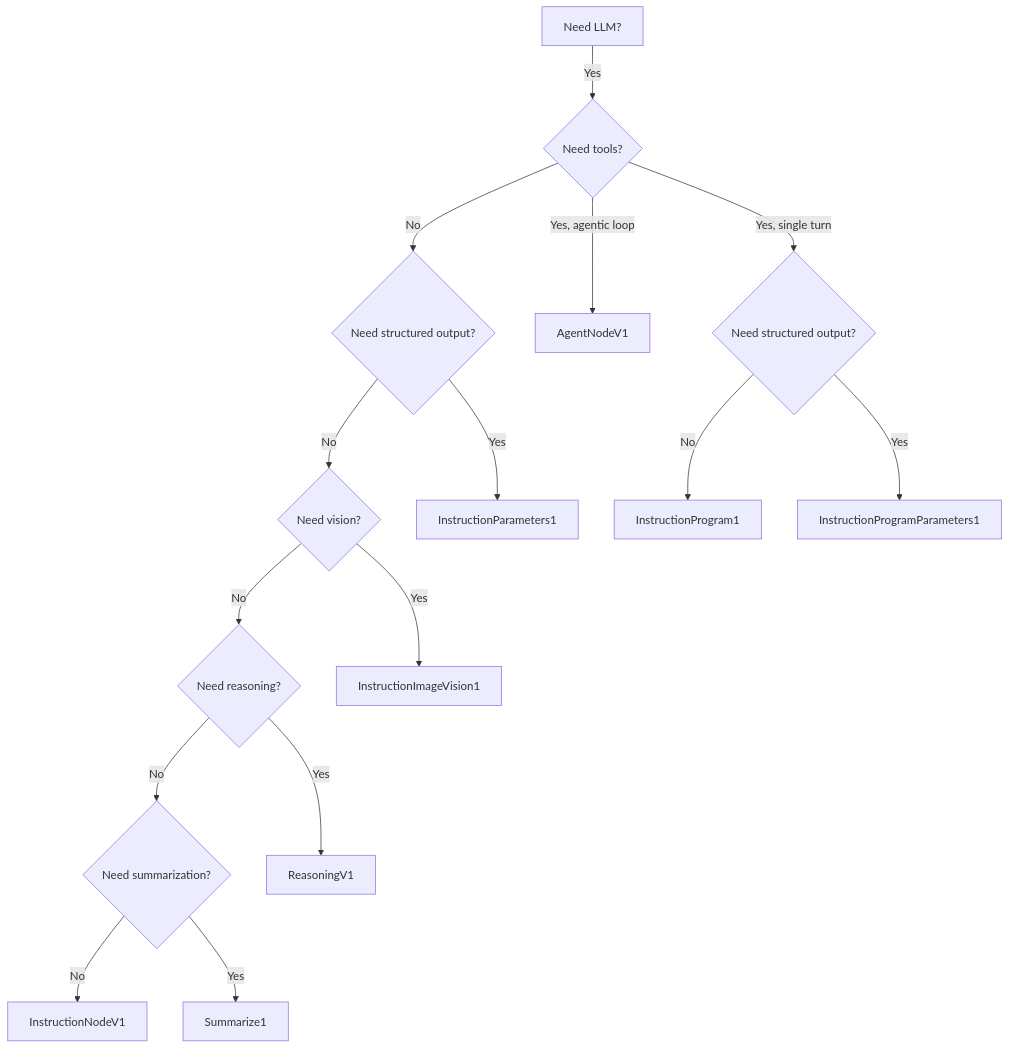
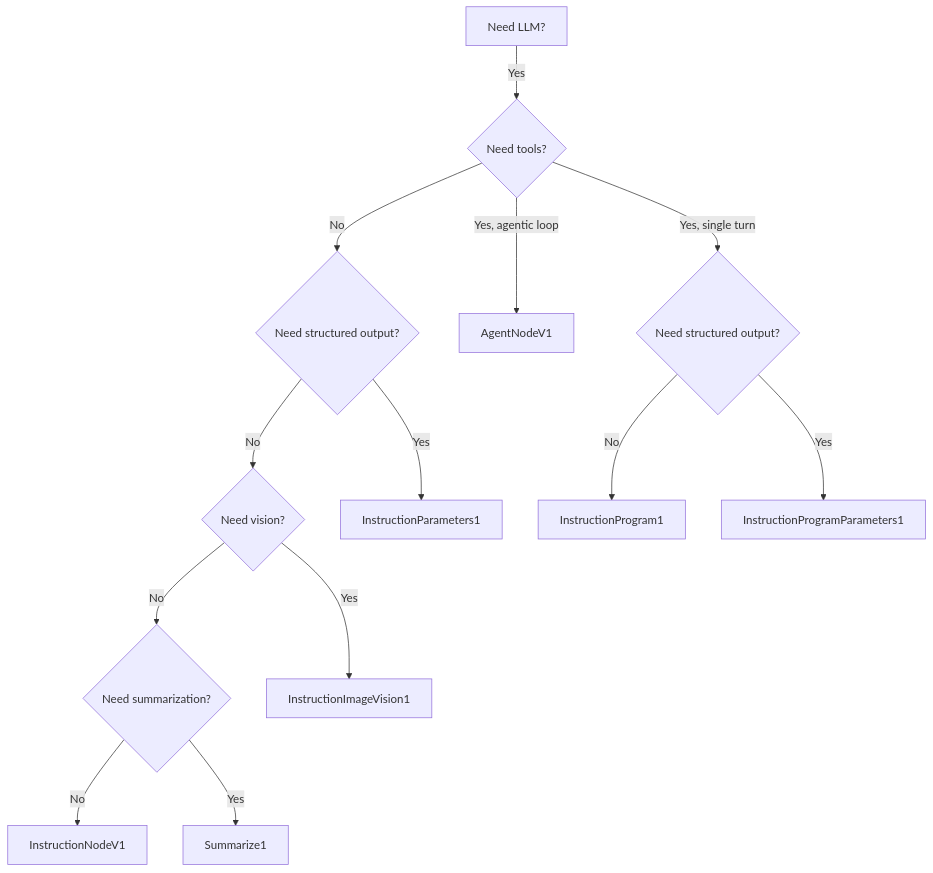
One commit to MindMadeLab/quartermaster-sdk-py changed the third of 3 diagrams in docs/nodes/llm-nodes.md. Above: the diagram before and after it, drawn with Mermaid. The commit also changed other lines of this file and 18 other files, not shown here.

First line of the commit message:
Remove Reasoning node type from entire codebase

````diff
--- a/docs/nodes/llm-nodes.md
+++ b/docs/nodes/llm-nodes.md
@@ -347,17 +336,15 @@
 ```mermaid
 graph TD
     Q[Need LLM?] -->|Yes| A{Need tools?}
     A -->|No| B{Need structured output?}
     A -->|Yes, agentic loop| C[AgentNodeV1]
     A -->|Yes, single turn| D{Need structured output?}
     B -->|No| E{Need vision?}
     B -->|Yes| F[InstructionParameters1]
     D -->|No| G[InstructionProgram1]
     D -->|Yes| H[InstructionProgramParameters1]
-    E -->|No| I{Need reasoning?}
+    E -->|No| I{Need summarization?}
     E -->|Yes| J[InstructionImageVision1]
-    I -->|No| K{Need summarization?}
-    I -->|Yes| L[ReasoningV1]
-    K -->|No| M[InstructionNodeV1]
-    K -->|Yes| N[Summarize1]
+    I -->|No| K[InstructionNodeV1]
+    I -->|Yes| L[Summarize1]
 ```
````
